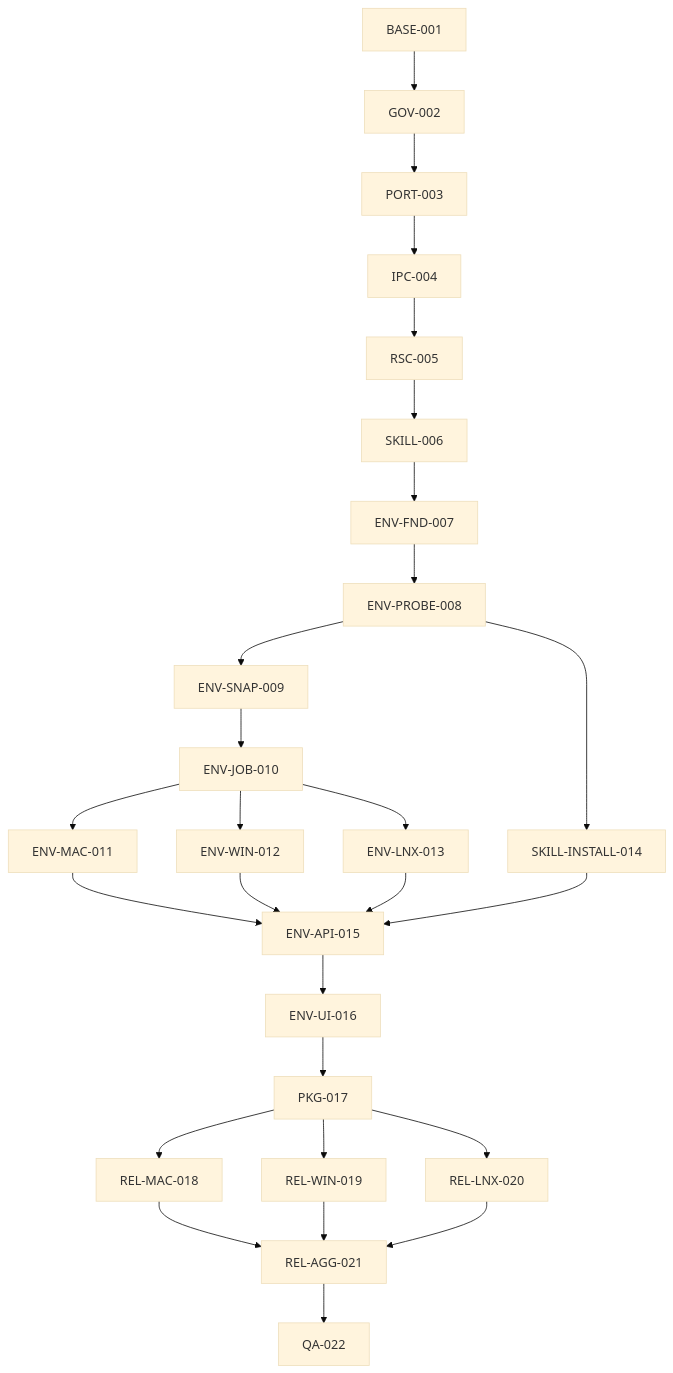
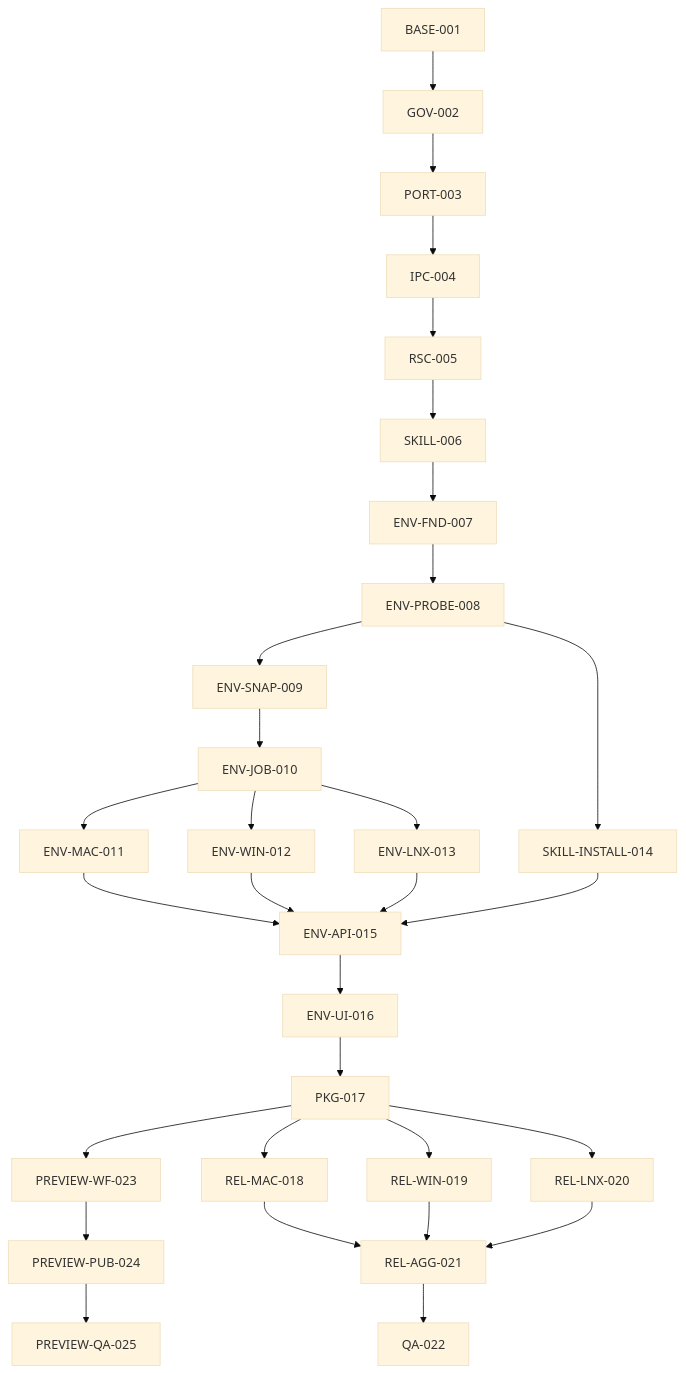
One commit to TheSyart/emperor-agent changed the diagram in docs/superpowers/plans/2026-07-10-cross-platform-environment-release-implementation.md. Above: the diagram before and after it, drawn with Mermaid (base theme). The commit also changed other lines of this file and 3 other files, not shown here.

````diff
--- a/docs/superpowers/plans/2026-07-10-cross-platform-environment-release-implementation.md
+++ b/docs/superpowers/plans/2026-07-10-cross-platform-environment-release-implementation.md
@@ -77,29 +82,32 @@
 ```mermaid
 flowchart TD
   B["BASE-001"] --> G["GOV-002"]
   G --> P["PORT-003"]
   P --> I["IPC-004"]
   I --> R["RSC-005"]
   R --> S["SKILL-006"]
   S --> F["ENV-FND-007"]
   F --> E["ENV-PROBE-008"]
   E --> N["ENV-SNAP-009"]
   N --> J["ENV-JOB-010"]
   J --> M["ENV-MAC-011"]
   J --> W["ENV-WIN-012"]
   J --> L["ENV-LNX-013"]
   E --> SI["SKILL-INSTALL-014"]
   M --> A["ENV-API-015"]
   W --> A
   L --> A
   SI --> A
   A --> U["ENV-UI-016"]
   U --> K["PKG-017"]
+  K --> PW["PREVIEW-WF-023"]
+  PW --> PP["PREVIEW-PUB-024"]
+  PP --> PQ["PREVIEW-QA-025"]
   K --> RM["REL-MAC-018"]
   K --> RW["REL-WIN-019"]
   K --> RL["REL-LNX-020"]
   RM --> RA["REL-AGG-021"]
   RW --> RA
   RL --> RA
   RA --> Q["QA-022"]
 ```
````
